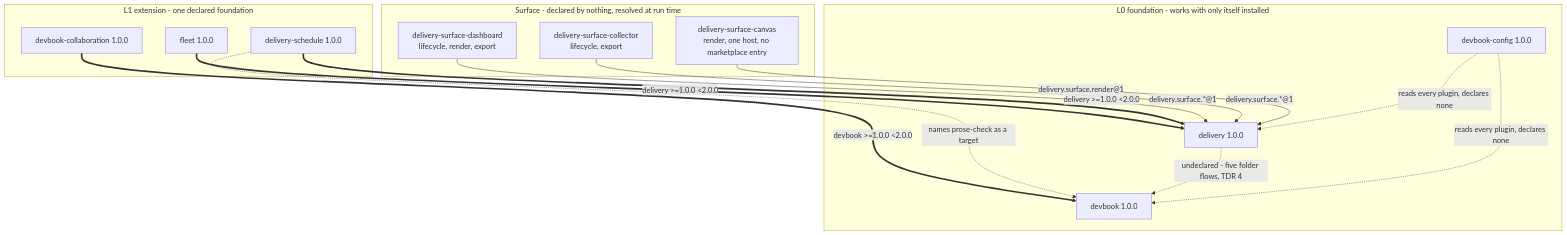
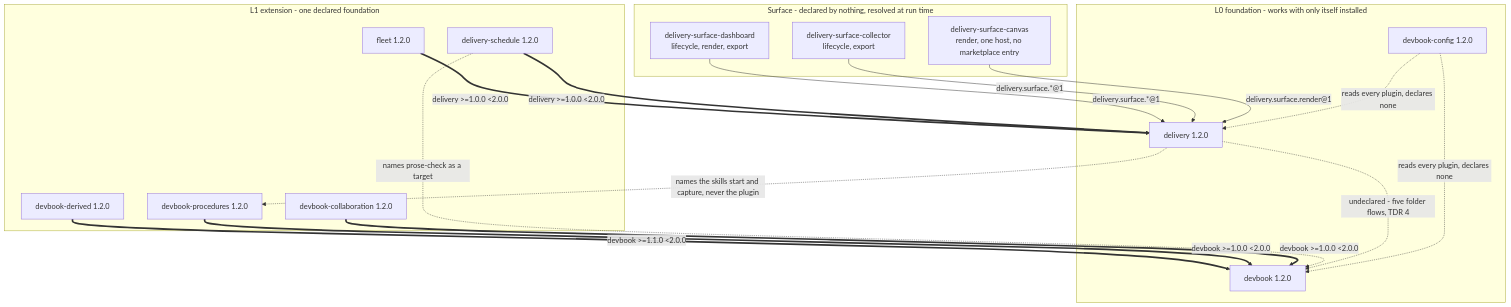
One commit to JSdotNet/devbook changed the first of 3 diagrams in .devbook/arc42/05-building-block-view.md. Above: the diagram before and after it, drawn with Mermaid. The commit also changed other lines of this file and 34 other files, not shown here.

````diff
--- a/.devbook/arc42/05-building-block-view.md
+++ b/.devbook/arc42/05-building-block-view.md
@@ -28,33 +28,38 @@
 ```mermaid
 flowchart TB
     subgraph L0["L0 foundation - works with only itself installed"]
-        DEV["devbook 1.0.0"]
-        DEL["delivery 1.0.0"]
-        CFG["devbook-config 1.0.0"]
+        DEV["devbook 1.2.0"]
+        DEL["delivery 1.2.0"]
+        CFG["devbook-config 1.2.0"]
     end
 
     subgraph L1["L1 extension - one declared foundation"]
-        DBC["devbook-collaboration 1.0.0"]
-        FLT["fleet 1.0.0"]
-        SCH["delivery-schedule 1.0.0"]
+        DBD["devbook-derived 1.2.0"]
+        DPR["devbook-procedures 1.2.0"]
+        DBC["devbook-collaboration 1.2.0"]
+        FLT["fleet 1.2.0"]
+        SCH["delivery-schedule 1.2.0"]
     end
 
     subgraph SURF["Surface - declared by nothing, resolved at run time"]
         SD["delivery-surface-dashboard<br/>lifecycle, render, export"]
         SL["delivery-surface-collector<br/>lifecycle, export"]
         SC["delivery-surface-canvas<br/>render, one host, no marketplace entry"]
     end
 
+    DBD ==>|"devbook >=1.1.0 &lt;2.0.0"| DEV
+    DPR ==>|"devbook >=1.0.0 &lt;2.0.0"| DEV
     DBC ==>|"devbook >=1.0.0 &lt;2.0.0"| DEV
     FLT ==>|"delivery >=1.0.0 &lt;2.0.0"| DEL
     SCH ==>|"delivery >=1.0.0 &lt;2.0.0"| DEL
 
     SD -->|"delivery.surface.*@1"| DEL
     SL -->|"delivery.surface.*@1"| DEL
     SC -->|"delivery.surface.render@1"| DEL
 
     SCH -.->|"names prose-check as a target"| DEV
     DEL -.->|"undeclared - five folder flows, TDR 4"| DEV
+    DEL -.->|"names the skills start and capture, never the plugin"| DPR
     CFG -.->|"reads every plugin, declares none"| DEV
     CFG -.->|"reads every plugin, declares none"| DEL
 ```
````
